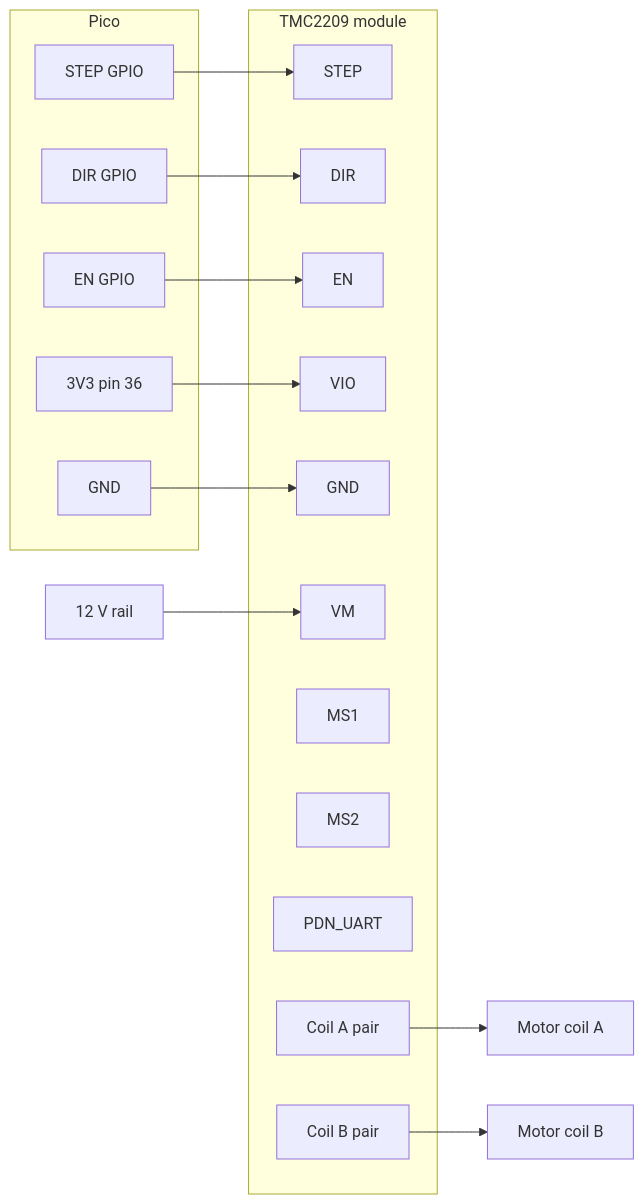
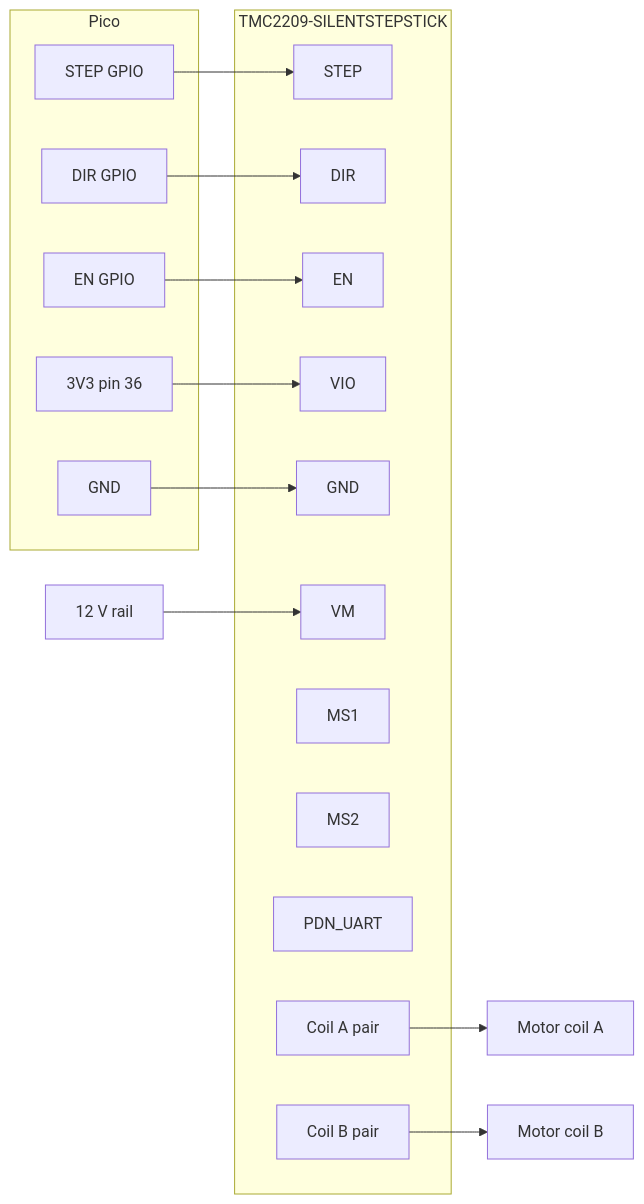
Before and after one commit to hess105/Super8FilmScanner: the third of 4 diagrams in docs/design/wiring.md, drawn with Mermaid. The commit also changed other lines of this file and 4 other files, not shown here.

````diff
--- a/docs/design/wiring.md
+++ b/docs/design/wiring.md
@@ -78,31 +80,31 @@
 ```mermaid
 flowchart LR
     subgraph Pico
         S[STEP GPIO]
         D[DIR GPIO]
         E[EN GPIO]
         V3[3V3 pin 36]
         G1[GND]
     end
-    subgraph TMC2209 module
+    subgraph TMC2209-SILENTSTEPSTICK
         STEP[STEP]
         DIR[DIR]
         EN[EN]
         VIO[VIO]
         GND[GND]
         VM[VM]
         MS1[MS1]
         MS2[MS2]
         PDN[PDN_UART]
         COILA[Coil A pair]
         COILB[Coil B pair]
     end
     S --> STEP
     D --> DIR
     E --> EN
     V3 --> VIO
     G1 --> GND
     V12[12 V rail] --> VM
     COILA --> MOTA[Motor coil A]
     COILB --> MOTB[Motor coil B]
 ```
````
